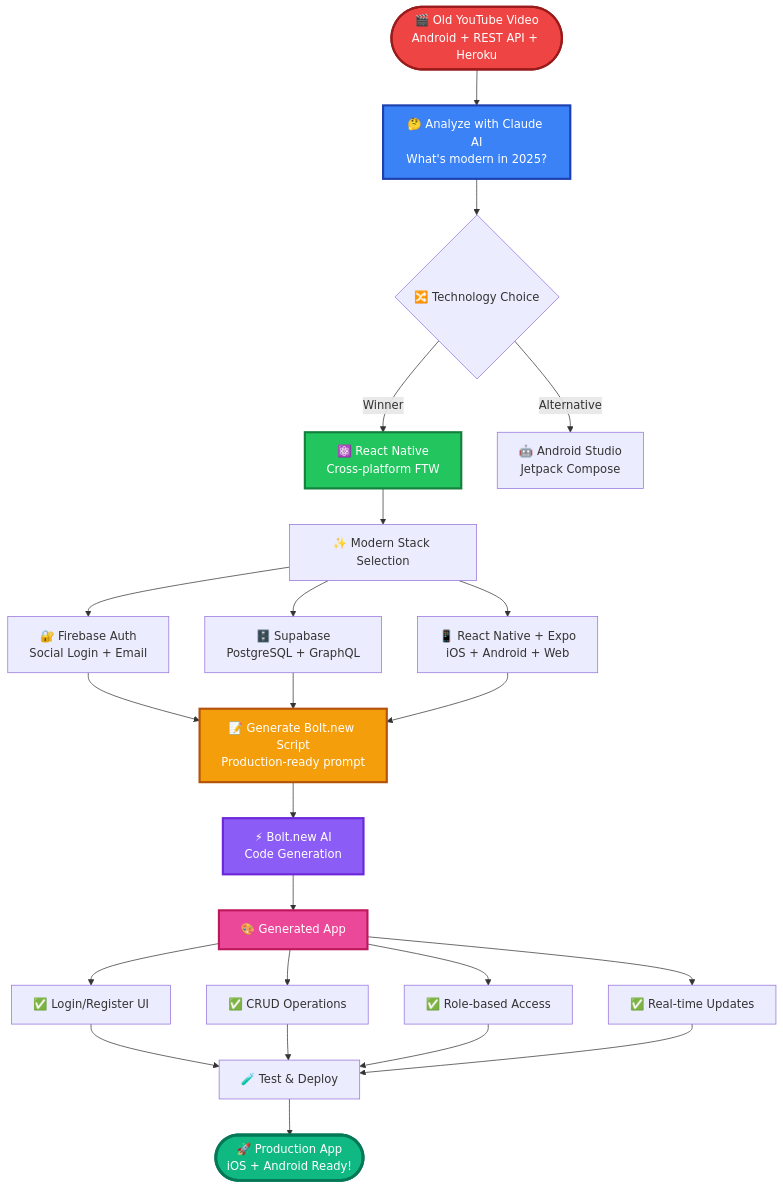
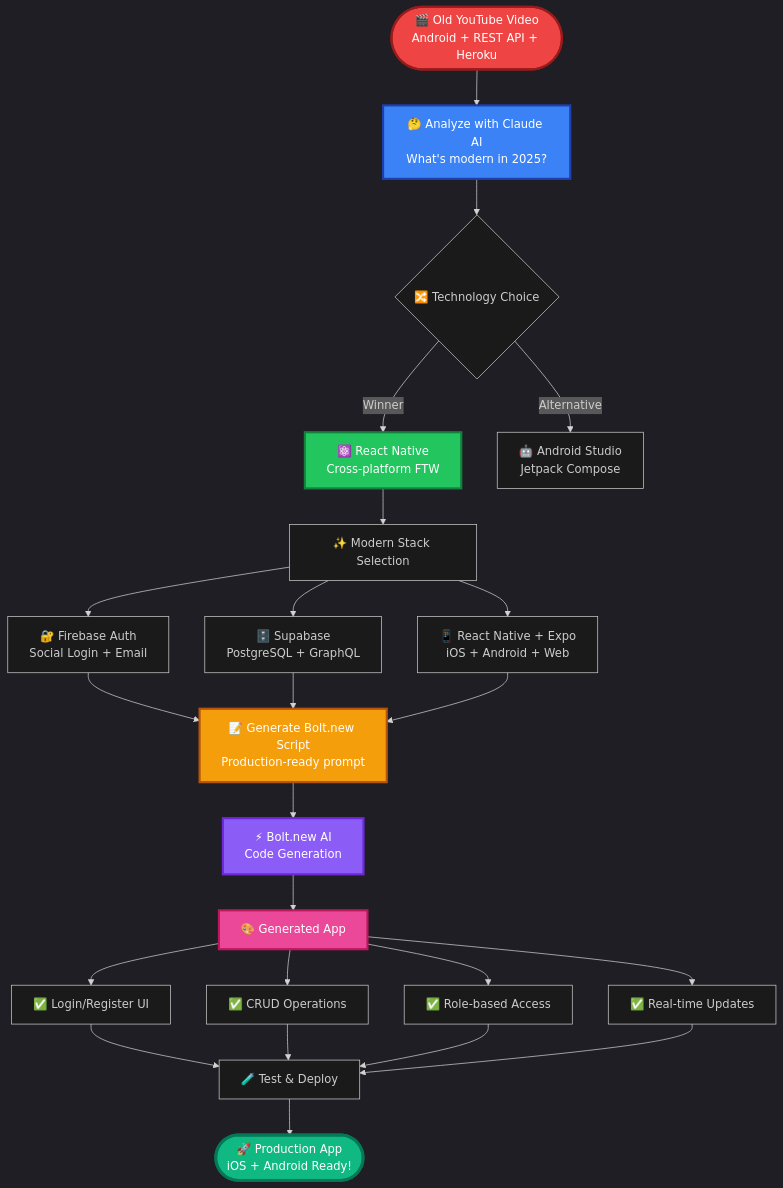
The diagram in README.md (lalumastan/evms_bolt), drawn with Mermaid before and after one commit. The commit also changed 1 other file, not shown here.

````diff
--- a/README.md
+++ b/README.md
@@ -6,40 +6,41 @@
 ```mermaid
-          graph TB
-          Start([🎬 Old YouTube Video<br />Android + REST API + Heroku])
-
-          Start --> Analyze[🤔 Analyze with Claude AI<br />What's modern in 2025?]
-
-          Analyze --> Decision{🔀 Technology Choice}
-
-          Decision -->|Winner| RN[⚛️ React Native<br />Cross-platform FTW]
-          Decision -->|Alternative| Android[🤖 Android Studio<br />Jetpack Compose]
-
-          RN --> Modern[✨ Modern Stack Selection]
-
-          Modern --> Stack1[🔐 Firebase Auth<br />Social Login + Email]
-          Modern --> Stack2[🗄️ Supabase<br />PostgreSQL + GraphQL]
-          Modern --> Stack3[📱 React Native + Expo<br />iOS + Android + Web]
-
-          Stack1 & Stack2 & Stack3 --> Script[📝 Generate Bolt.new Script<br />Production-ready prompt]
-
-          Script --> Bolt[⚡ Bolt.new AI<br />Code Generation]
-
-          Bolt --> Magic[🎨 Generated App]
-
-          Magic --> Features1[✅ Login/Register UI]
-          Magic --> Features2[✅ CRUD Operations]
-          Magic --> Features3[✅ Role-based Access]
-          Magic --> Features4[✅ Real-time Updates]
-
-          Features1 & Features2 & Features3 & Features4 --> Test[🧪 Test & Deploy]
-
-          Test --> Result([🚀 Production App<br />iOS + Android Ready!])
-
-          style Start fill:#ef4444,stroke:#991b1b,stroke-width:3px,color:#fff
-          style Analyze fill:#3b82f6,stroke:#1e40af,stroke-width:3px,color:#fff
-          style RN fill:#22c55e,stroke:#15803d,stroke-width:3px,color:#fff
-          style Script fill:#f59e0b,stroke:#b45309,stroke-width:3px,color:#fff
-          style Bolt fill:#8b5cf6,stroke:#6d28d9,stroke-width:3px,color:#fff
-          style Magic fill:#ec4899,stroke:#be185d,stroke-width:3px,color:#fff
-          style Result fill:#10b981,stroke:#047857,stroke-width:4px,color:#fff
+%%{init: {'theme':'dark','themeVariables': {'darkMode':true,'background':'#000000','mainBkg':'#1a1a1a','secondBkg':'#2d2d2d','tertiaryBkg':'#404040'}}}%%
+graph TB
+    Start([🎬 Old YouTube Video<br/>Android + REST API + Heroku])
+    
+    Start --> Analyze[🤔 Analyze with Claude AI<br/>What's modern in 2025?]
+    
+    Analyze --> Decision{🔀 Technology Choice}
+    
+    Decision -->|Winner| RN[⚛️ React Native<br/>Cross-platform FTW]
+    Decision -->|Alternative| Android[🤖 Android Studio<br/>Jetpack Compose]
+    
+    RN --> Modern[✨ Modern Stack Selection]
+    
+    Modern --> Stack1[🔐 Firebase Auth<br/>Social Login + Email]
+    Modern --> Stack2[🗄️ Supabase<br/>PostgreSQL + GraphQL]
+    Modern --> Stack3[📱 React Native + Expo<br/>iOS + Android + Web]
+    
+    Stack1 & Stack2 & Stack3 --> Script[📝 Generate Bolt.new Script<br/>Production-ready prompt]
+    
+    Script --> Bolt[⚡ Bolt.new AI<br/>Code Generation]
+    
+    Bolt --> Magic[🎨 Generated App]
+    
+    Magic --> Features1[✅ Login/Register UI]
+    Magic --> Features2[✅ CRUD Operations]
+    Magic --> Features3[✅ Role-based Access]
+    Magic --> Features4[✅ Real-time Updates]
+    
+    Features1 & Features2 & Features3 & Features4 --> Test[🧪 Test & Deploy]
+    
+    Test --> Result([🚀 Production App<br/>iOS + Android Ready!])
+    
+    style Start fill:#ef4444,stroke:#991b1b,stroke-width:3px,color:#fff
+    style Analyze fill:#3b82f6,stroke:#1e40af,stroke-width:3px,color:#fff
+    style RN fill:#22c55e,stroke:#15803d,stroke-width:3px,color:#fff
+    style Script fill:#f59e0b,stroke:#b45309,stroke-width:3px,color:#fff
+    style Bolt fill:#8b5cf6,stroke:#6d28d9,stroke-width:3px,color:#fff
+    style Magic fill:#ec4899,stroke:#be185d,stroke-width:3px,color:#fff
+    style Result fill:#10b981,stroke:#047857,stroke-width:4px,color:#fff
 ```
````
